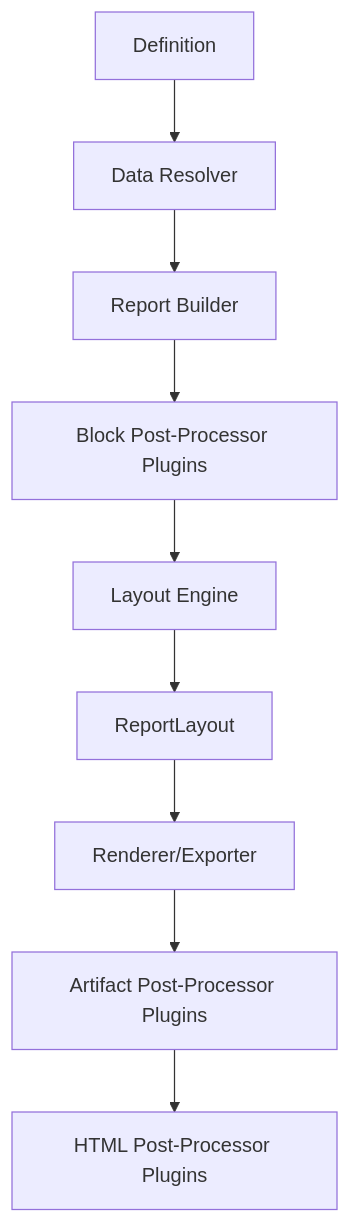
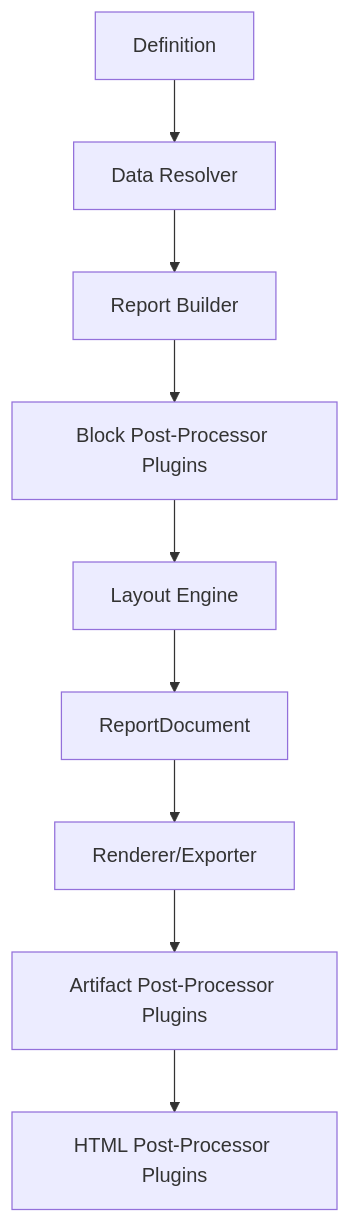
One commit to Netcodr81/kinetic-reports changed the diagram in docs/07-extension-points.md. Above: the diagram before and after it, drawn with Mermaid. The commit also changed other lines of this file and 53 other files, not shown here.

First line of the commit message:
Refactor report layout and rendering components

````diff
--- a/docs/07-extension-points.md
+++ b/docs/07-extension-points.md
@@ -24,11 +24,11 @@
 ```mermaid
 flowchart TB
 	A[Definition] --> B[Data Resolver]
 	B --> C[Report Builder]
 	C --> D[Block Post-Processor Plugins]
 	D --> E[Layout Engine]
-	E --> F[ReportLayout]
+	E --> F[ReportDocument]
 	F --> G[Renderer/Exporter]
 	G --> H[Artifact Post-Processor Plugins]
 	H --> I[HTML Post-Processor Plugins]
 ```
````
